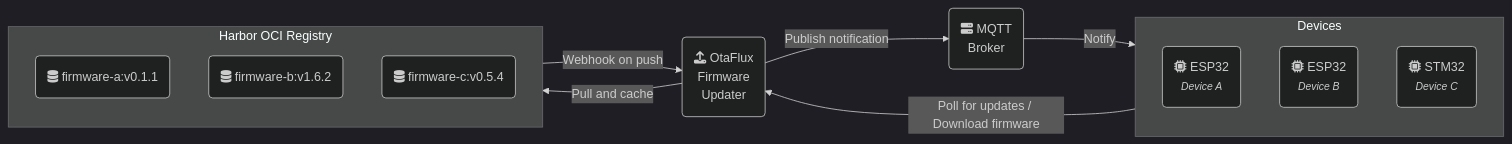
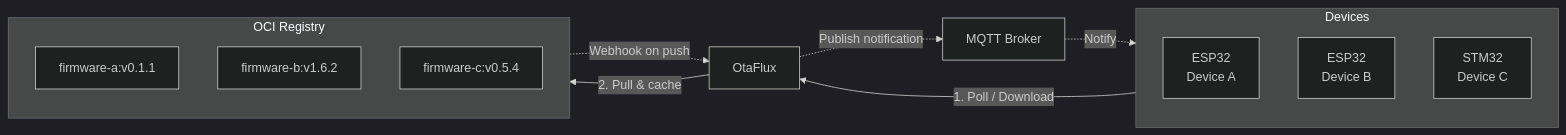
The diagram in README.md (etiennetremel/otaflux), drawn with Mermaid (dark theme) before and after one commit. The commit also changed other lines of this file and 5 other files, not shown here.

````diff
--- a/README.md
+++ b/README.md
@@ -14,23 +16,23 @@
 ```mermaid
 flowchart LR
-    OtaFlux(fa:fa-upload OtaFlux<br>Firmware<br>Updater)
-    MQTT(fa:fa-server MQTT<br>Broker)
-
     subgraph Devices
-    DeviceA(fa:fa-microchip ESP32<br /><small><i>Device A</i></small>)
-    DeviceB(fa:fa-microchip ESP32<br /><small><i>Device B</i></small>)
-    DeviceC(fa:fa-microchip STM32<br /><small><i>Device C</i></small>)
+        DeviceA[ESP32<br>Device A]
+        DeviceB[ESP32<br>Device B]
+        DeviceC[STM32<br>Device C]
     end
 
-    subgraph Harbor["Harbor OCI Registry"]
-    FirmwareA(fa:fa-database firmware-a:v0.1.1)
-    FirmwareB(fa:fa-database firmware-b:v1.6.2)
-    FirmwareC(fa:fa-database firmware-c:v0.5.4)
+    OtaFlux[OtaFlux]
+    MQTT[MQTT Broker]
+
+    subgraph Registry["OCI Registry"]
+        FirmwareA[firmware-a:v0.1.1]
+        FirmwareB[firmware-b:v1.6.2]
+        FirmwareC[firmware-c:v0.5.4]
     end
 
-    Devices--Poll for updates / Download firmware-->OtaFlux
-    OtaFlux--Pull and cache-->Harbor
-    Harbor--Webhook on push-->OtaFlux
-    OtaFlux--Publish notification-->MQTT
-    MQTT--Notify-->Devices
+    Devices -- "1. Poll / Download" --> OtaFlux
+    OtaFlux -- "2. Pull & cache" --> Registry
+    Registry -. "Webhook on push" .-> OtaFlux
+    OtaFlux -. "Publish notification" .-> MQTT
+    MQTT -. "Notify" .-> Devices
 ```
````
